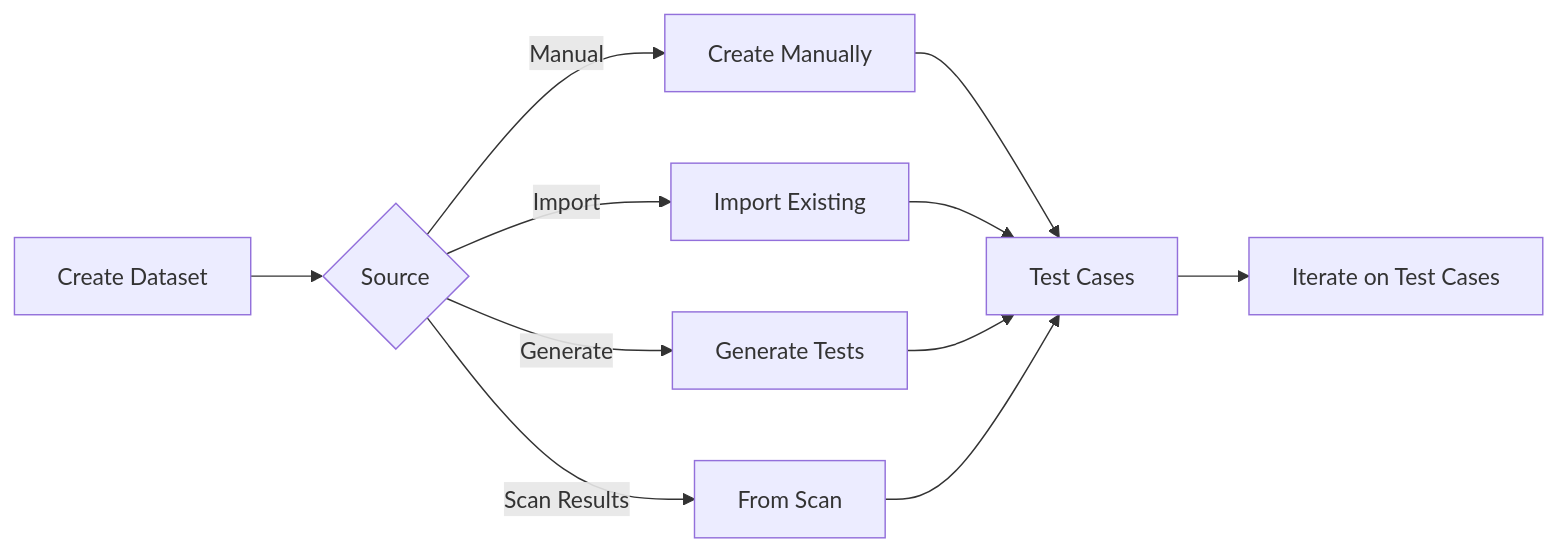
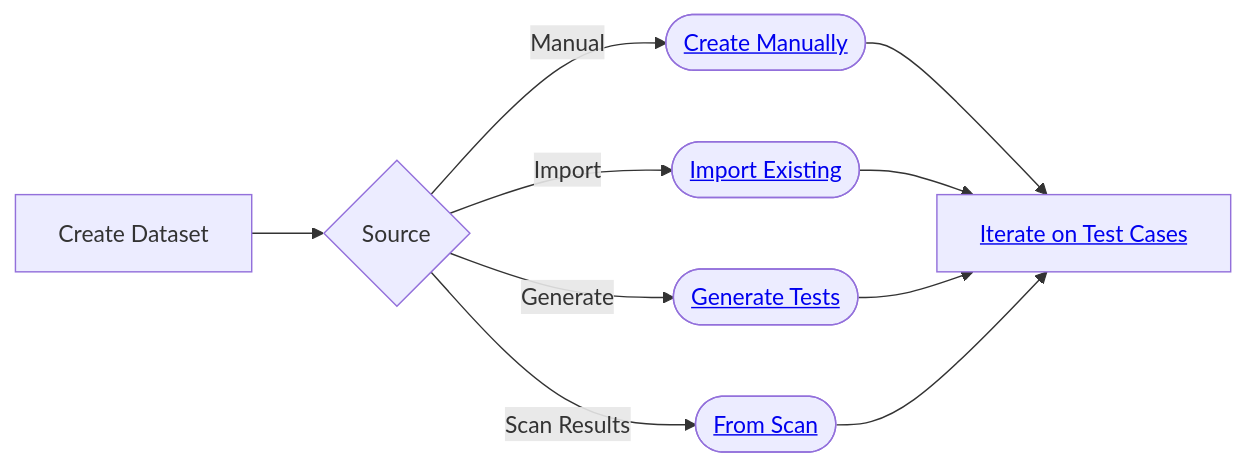
One commit to Giskard-AI/giskard-hub changed the diagram in script-docs/hub/ui/datasets/index.rst. Above: the diagram before and after it, drawn with Mermaid. The commit also changed other lines of this file and 58 other files, not shown here.

```diff
--- a/script-docs/hub/ui/datasets/index.rst
+++ b/script-docs/hub/ui/datasets/index.rst
@@ -43,14 +43,13 @@
 .. mermaid::
    :align: center
 
    graph LR
        A[Create Dataset] --> B{Source}
-       B -->|Manual| C[Create Manually]
-       B -->|Import| D[Import Existing]
-       B -->|Generate| E[Generate Tests]
-       B -->|Scan Results| F[From Scan]
-       C --> G[Test Cases]
-       D --> G
-       E --> G
-       F --> G
-       G --> H[Iterate on Test Cases]
+       B -->|Manual| C([<a href="manual.html" target="_self">Create Manually</a>])
+       B -->|Import| D([<a href="import.html" target="_self">Import Existing</a>])
+       B -->|Generate| E([<a href="business.html" target="_self">Generate Tests</a>])
+       B -->|Scan Results| F([<a href="../scan/index.html" target="_self">From Scan</a>])
+       C --> H[<a href="../annotate/index.html" target="_self">Iterate on Test Cases</a>]
+       D --> H
+       E --> H
+       F --> H
```
